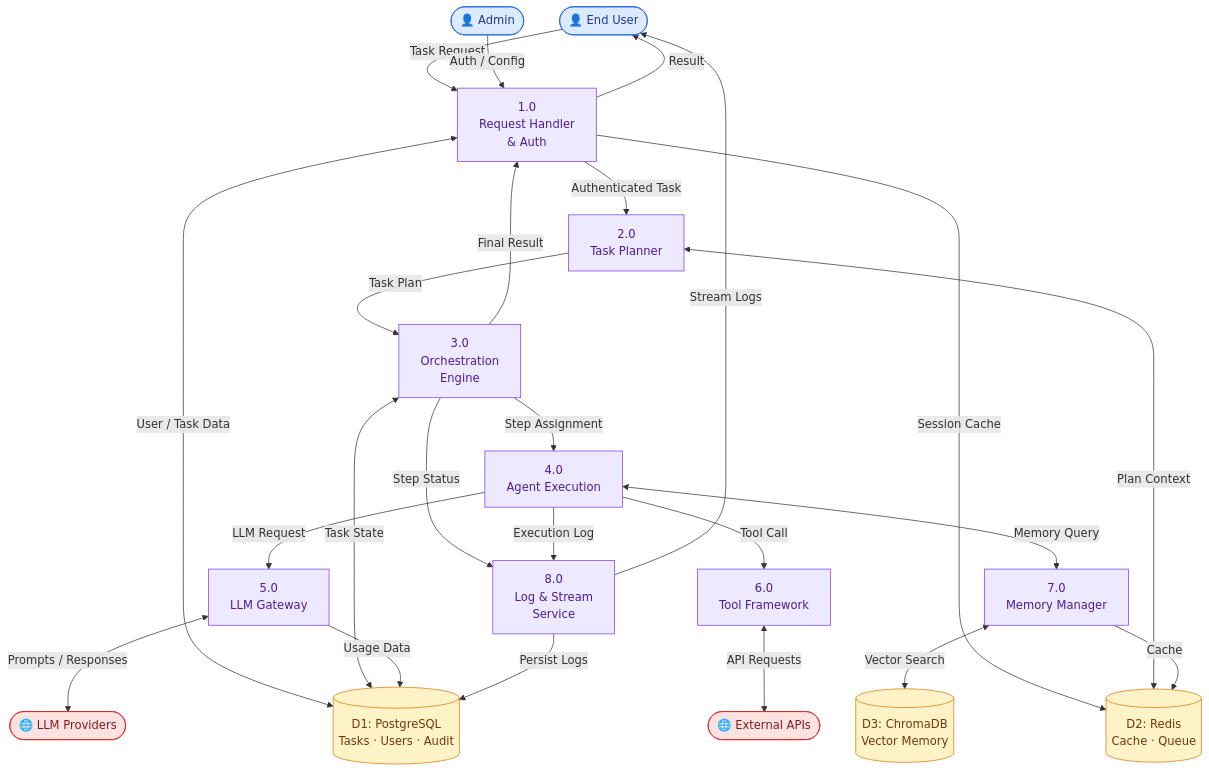
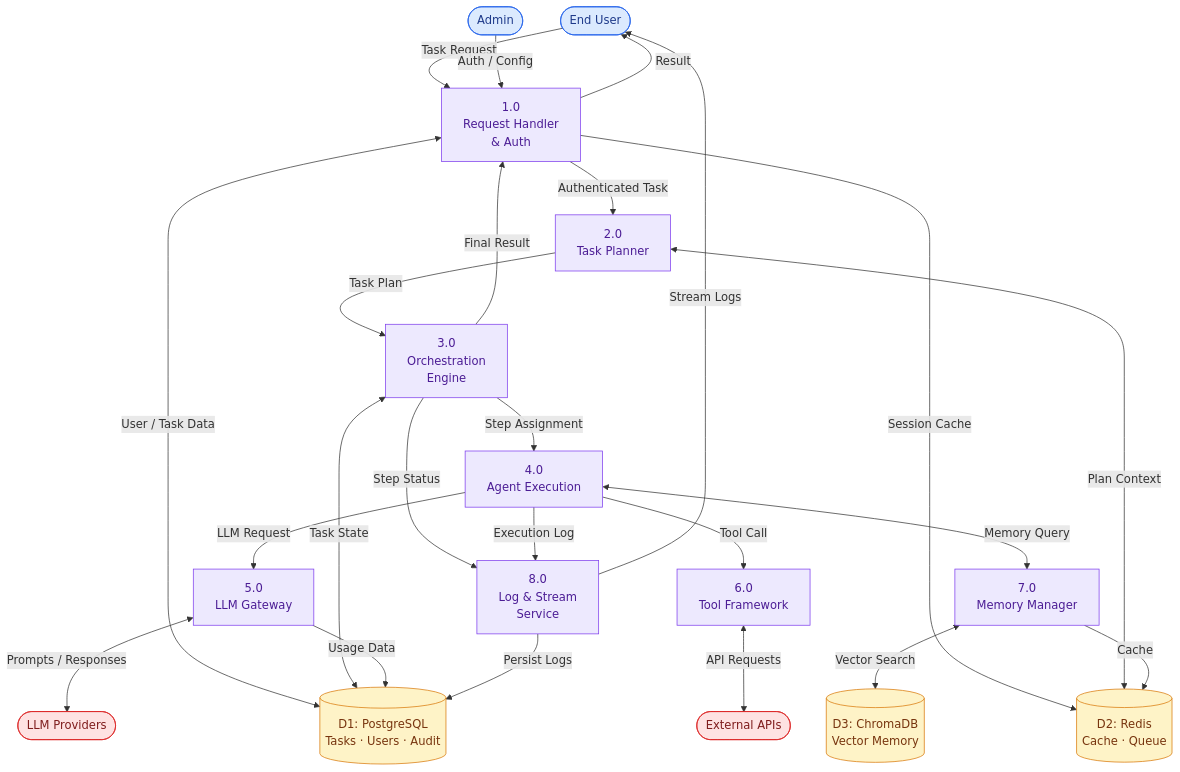
One commit to zainsardar-tech/zarix-agentos changed the second of 2 diagrams in docs/data-flow-diagram.md. Above: the diagram before and after it, drawn with Mermaid. The commit also changed other lines of this file and 9 other files, not shown here.

Commit message:
fix diagram alignment and formatting

````diff
--- a/docs/data-flow-diagram.md
+++ b/docs/data-flow-diagram.md
@@ -84,65 +84,65 @@
 ```mermaid
 flowchart TB
-    %% External Entities
-    User([👤 End User])
-    Admin([👤 Admin])
-    LLM([🌐 LLM Providers])
-    Ext([🌐 External APIs])
+  %% External Entities
+  User([ End User])
+  Admin([ Admin])
+  LLM([ LLM Providers])
+  Ext([ External APIs])
 
-    %% Processes
-    P1["1.0<br/>Request Handler<br/>& Auth"]
-    P2["2.0<br/>Task Planner"]
-    P3["3.0<br/>Orchestration<br/>Engine"]
-    P4["4.0<br/>Agent Execution"]
-    P5["5.0<br/>LLM Gateway"]
-    P6["6.0<br/>Tool Framework"]
-    P7["7.0<br/>Memory Manager"]
-    P8["8.0<br/>Log & Stream<br/>Service"]
+  %% Processes
+  P1["1.0<br/>Request Handler<br/>& Auth"]
+  P2["2.0<br/>Task Planner"]
+  P3["3.0<br/>Orchestration<br/>Engine"]
+  P4["4.0<br/>Agent Execution"]
+  P5["5.0<br/>LLM Gateway"]
+  P6["6.0<br/>Tool Framework"]
+  P7["7.0<br/>Memory Manager"]
+  P8["8.0<br/>Log & Stream<br/>Service"]
 
-    %% Data Stores
-    DS1[(D1: PostgreSQL<br/>Tasks · Users · Audit)]
-    DS2[(D2: Redis<br/>Cache · Queue)]
-    DS3[(D3: ChromaDB<br/>Vector Memory)]
+  %% Data Stores
+  DS1[(D1: PostgreSQL<br/>Tasks · Users · Audit)]
+  DS2[(D2: Redis<br/>Cache · Queue)]
+  DS3[(D3: ChromaDB<br/>Vector Memory)]
 
-    %% Flows
-    User -->|Task Request| P1
-    Admin -->|Auth / Config| P1
-    P1 -->|Authenticated Task| P2
-    P1 <-->|User / Task Data| DS1
-    P1 -->|Session Cache| DS2
+  %% Flows
+  User -->|Task Request| P1
+  Admin -->|Auth / Config| P1
+  P1 -->|Authenticated Task| P2
+  P1 <-->|User / Task Data| DS1
+  P1 -->|Session Cache| DS2
 
-    P2 -->|Task Plan| P3
-    P2 <-->|Plan Context| DS2
+  P2 -->|Task Plan| P3
+  P2 <-->|Plan Context| DS2
 
-    P3 -->|Step Assignment| P4
-    P3 -->|Step Status| P8
-    P3 <-->|Task State| DS1
+  P3 -->|Step Assignment| P4
+  P3 -->|Step Status| P8
+  P3 <-->|Task State| DS1
 
-    P4 -->|LLM Request| P5
-    P5 <-->|Prompts / Responses| LLM
-    P5 -->|Usage Data| DS1
+  P4 -->|LLM Request| P5
+  P5 <-->|Prompts / Responses| LLM
+  P5 -->|Usage Data| DS1
 
-    P4 -->|Tool Call| P6
-    P6 <-->|API Requests| Ext
+  P4 -->|Tool Call| P6
+  P6 <-->|API Requests| Ext
 
-    P4 <-->|Memory Query| P7
-    P7 <-->|Vector Search| DS3
-    P7 -->|Cache| DS2
+  P4 <-->|Memory Query| P7
+  P7 <-->|Vector Search| DS3
+  P7 -->|Cache| DS2
 
-    P4 -->|Execution Log| P8
-    P8 -->|Stream Logs| User
-    P8 -->|Persist Logs| DS1
+  P4 -->|Execution Log| P8
+  P8 -->|Stream Logs| User
+  P8 -->|Persist Logs| DS1
 
-    P3 -->|Final Result| P1
-    P1 -->|Result| User
+  P3 -->|Final Result| P1
+  P1 -->|Result| User
 
-    classDef entity fill:#DBEAFE,stroke:#2563EB,color:#1E3A8A
-    classDef proc fill:#EDE9FE,stroke:#7C3AED,color:#4C1D95
-    classDef store fill:#FEF3C7,stroke:#D97706,color:#78350F
-    classDef ext fill:#FEE2E2,stroke:#DC2626,color:#7F1D1D
+  classDef entity fill:#DBEAFE,stroke:#2563EB,color:#1E3A8A
+  classDef proc fill:#EDE9FE,stroke:#7C3AED,color:#4C1D95
+  classDef store fill:#FEF3C7,stroke:#D97706,color:#78350F
+  classDef ext fill:#FEE2E2,stroke:#DC2626,color:#7F1D1D
 
-    class User,Admin entity
-    class P1,P2,P3,P4,P5,P6,P7,P8 proc
-    class DS1,DS2,DS3 store
-    class LLM,Ext ext
+  class User,Admin entity
+  class P1,P2,P3,P4,P5,P6,P7,P8 proc
+  class DS1,DS2,DS3 store
+  class LLM,Ext ext
 ```
````
